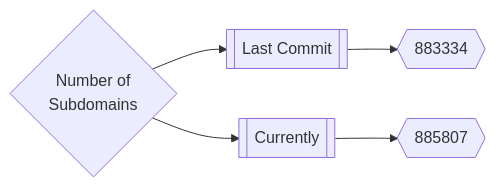
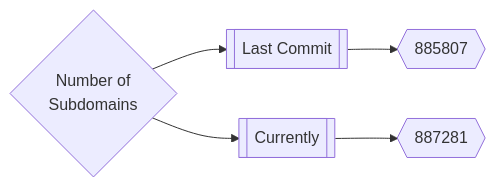
The first of 3 diagrams in README.md (trickest/inventory), drawn with Mermaid before and after one commit. The commit also changed other lines of this file, not shown here.

Commit message:
Update README.md Mon Jun 13 16:48:31 UTC 2022

````diff
--- a/README.md
+++ b/README.md
@@ -165,5 +165,5 @@
 ```mermaid
 graph LR
-title{Number of<br>Subdomains} --> subdomainsDate1[[Last Commit]] --> subdomainsNum1{{883334}}
-title --> subdomainsDate2[[Currently]] --> subdomainsNum2{{885807}}
+title{Number of<br>Subdomains} --> subdomainsDate1[[Last Commit]] --> subdomainsNum1{{885807}}
+title --> subdomainsDate2[[Currently]] --> subdomainsNum2{{887281}}
 ```
````
